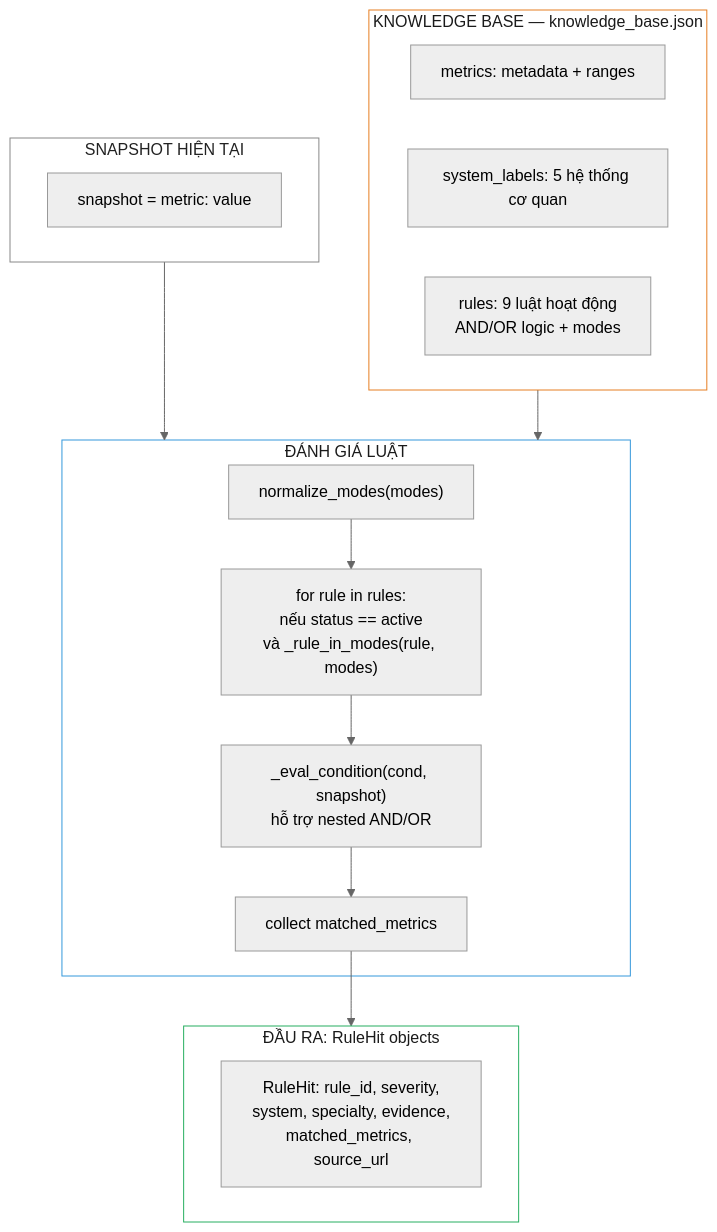
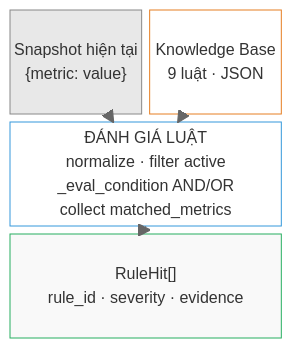
The diagram in docs/figures/fig9_tier2_rules.mmd (dotlinux26/health-risk-early-warning), drawn with Mermaid (neutral theme) before and after one commit. The commit also changed 8 other files, not shown here.

Commit message:
fig7-10: chuyển sang block-beta gọn, tiếng Việt đủ dấu

```diff
--- a/docs/figures/fig9_tier2_rules.mmd
+++ b/docs/figures/fig9_tier2_rules.mmd
@@ -1,33 +1,13 @@
-flowchart TB
-    subgraph SNAP["SNAPSHOT HIỆN TẠI"]
-        S1["snapshot = metric: value"]
-    end
-
-    subgraph KB["KNOWLEDGE BASE — knowledge_base.json"]
-        K1["metrics: metadata + ranges"]
-        K2["system_labels: 5 hệ thống cơ quan"]
-        K3["rules: 9 luật hoạt động<br/>AND/OR logic + modes"]
-    end
-
-    subgraph EVAL["ĐÁNH GIÁ LUẬT"]
-        E1["normalize_modes(modes)"]
-        E2["for rule in rules:<br/>nếu status == active<br/>và _rule_in_modes(rule, modes)"]
-        E3["_eval_condition(cond, snapshot)<br/>hỗ trợ nested AND/OR"]
-        E4["collect matched_metrics"]
-    end
-
-    subgraph OUT["ĐẦU RA: RuleHit objects"]
-        O1["RuleHit: rule_id, severity,<br/>system, specialty, evidence,<br/>matched_metrics, source_url"]
-    end
-
-    SNAP --> EVAL
-    KB --> EVAL
-    E1 --> E2
-    E2 --> E3
-    E3 --> E4
-    E4 --> OUT
-
-    style SNAP fill:#ffffff,stroke:#888888,color:#222222
-    style KB fill:#ffffff,stroke:#e67e22,color:#1a1a1a
-    style EVAL fill:#ffffff,stroke:#3498db,color:#1a1a1a
-    style OUT fill:#ffffff,stroke:#27ae60,color:#1a1a1a
+block-beta
+  columns 2
+  SNAP["Snapshot hiện tại\n{metric: value}"]:1
+  KB["Knowledge Base\n9 luật · JSON"]:1
+  EVAL["ĐÁNH GIÁ LUẬT\nnormalize · filter active\n_eval_condition AND/OR\ncollect matched_metrics"]:2
+  OUT["RuleHit[]\nrule_id · severity · evidence"]:2
+  SNAP --> EVAL
+  KB --> EVAL
+  EVAL --> OUT
+  style SNAP fill:#e8e8e8,stroke:#888,color:#222
+  style KB fill:#fff,stroke:#e67e22,color:#222
+  style EVAL fill:#fff,stroke:#3498db,color:#222
+  style OUT fill:#f9f9f9,stroke:#27ae60,color:#222
```
